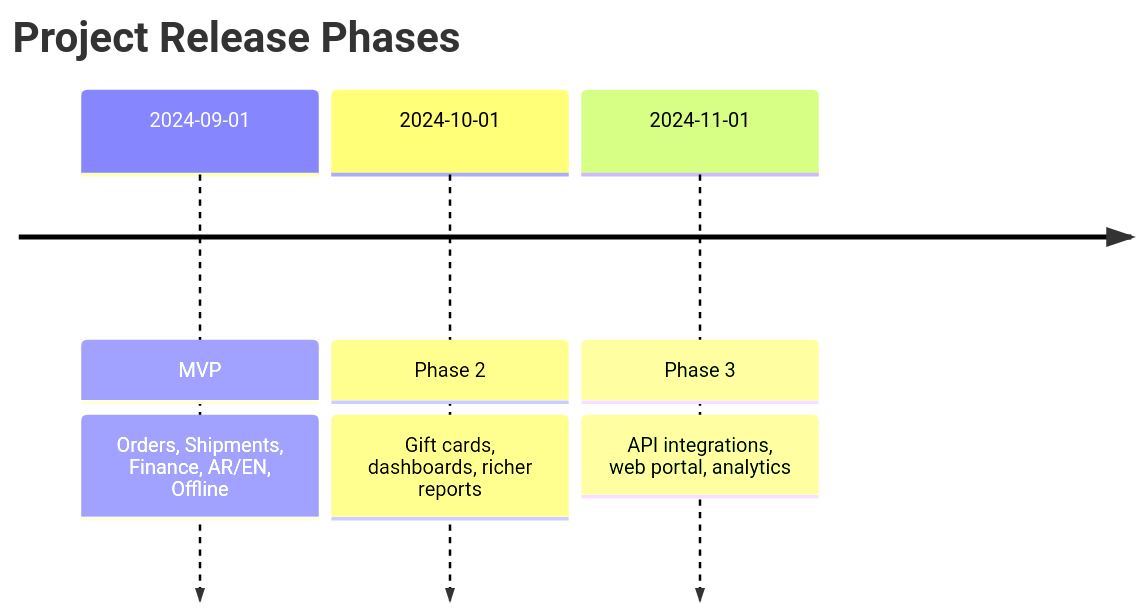
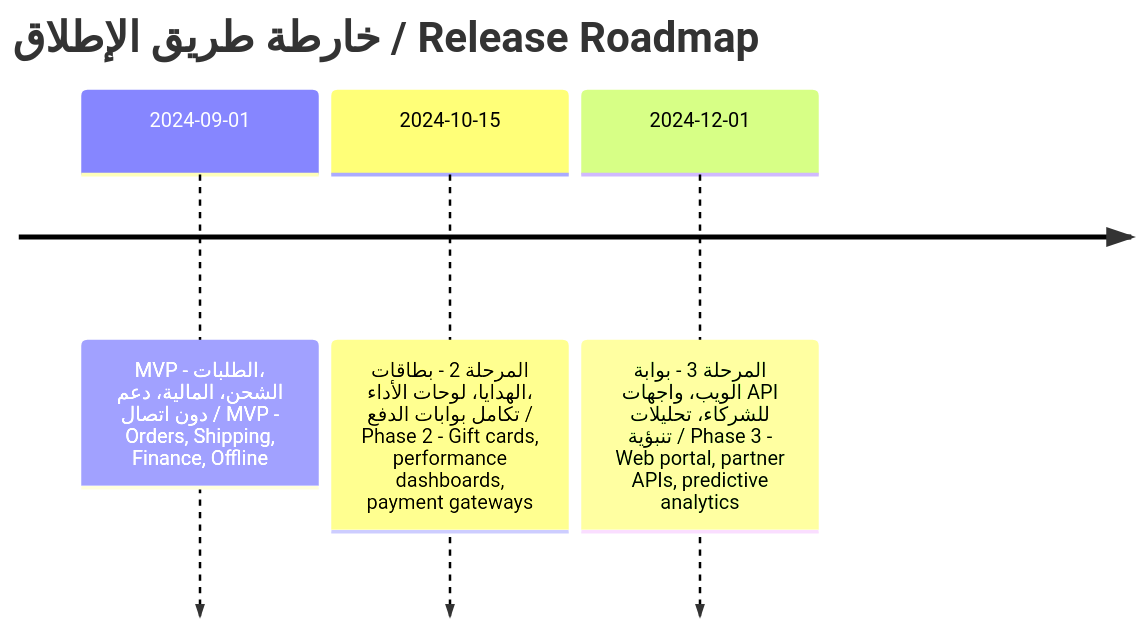
One commit to Ash69g/Documentation-Study changed the fifth of 5 diagrams in docs/01-vision/01-vision.md. Above: the diagram before and after it, drawn with Mermaid. The commit also changed other lines of this file and 15 other files, not shown here.

````diff
--- a/docs/01-vision/01-vision.md
+++ b/docs/01-vision/01-vision.md
@@ -206,7 +323,7 @@
 ```mermaid
 timeline
-  title Project Release Phases
-  2024-09-01 : MVP: Orders, Shipments, Finance, AR/EN, Offline
-  2024-10-01 : Phase 2: Gift cards, dashboards, richer reports
-  2024-11-01 : Phase 3: API integrations, web portal, analytics
+  title خارطة طريق الإطلاق / Release Roadmap
+  2024-09-01 : MVP - الطلبات، الشحن، المالية، دعم دون اتصال / MVP - Orders, Shipping, Finance, Offline
+  2024-10-15 : المرحلة 2 - بطاقات الهدايا، لوحات الأداء، تكامل بوابات الدفع / Phase 2 - Gift cards, performance dashboards, payment gateways
+  2024-12-01 : المرحلة 3 - بوابة الويب، واجهات API للشركاء، تحليلات تنبؤية / Phase 3 - Web portal, partner APIs, predictive analytics
 ```
````
